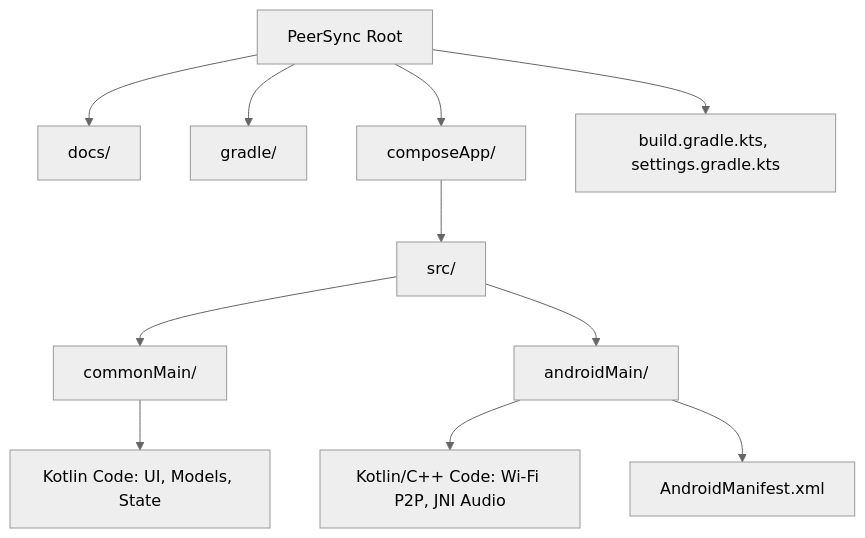
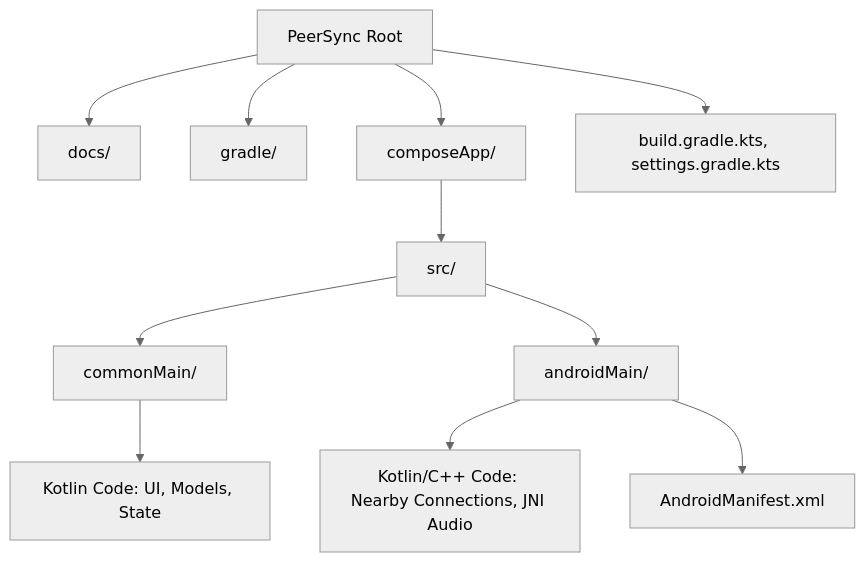
One commit to WINDY-WINDWARD/PeerSync changed the first of 2 diagrams in docs/ImplementationPlan.md. Above: the diagram before and after it, drawn with Mermaid (neutral theme). The commit also changed other lines of this file and 19 other files, not shown here.

Commit message:
feat: implement pure Wi-Fi Direct socket architecture, auto-discovery, and QR code fast-join

````diff
--- a/docs/ImplementationPlan.md
+++ b/docs/ImplementationPlan.md
@@ -13,15 +13,15 @@
 ```mermaid
 flowchart TD
     Root["PeerSync Root"] --> Docs["docs/"]
     Root --> Gradle["gradle/"]
     Root --> ComposeApp["composeApp/"]
     Root --> BuildFiles["build.gradle.kts, settings.gradle.kts"]
 
     ComposeApp --> Src["src/"]
     Src --> CommonMain["commonMain/"]
     Src --> AndroidMain["androidMain/"]
 
     CommonMain --> CommonCode["Kotlin Code: UI, Models, State"]
-    AndroidMain --> AndroidCode["Kotlin/C++ Code: Wi-Fi P2P, JNI Audio"]
+    AndroidMain --> AndroidCode["Kotlin/C++ Code: Nearby Connections, JNI Audio"]
     AndroidMain --> Manifest["AndroidManifest.xml"]
 ```
````
